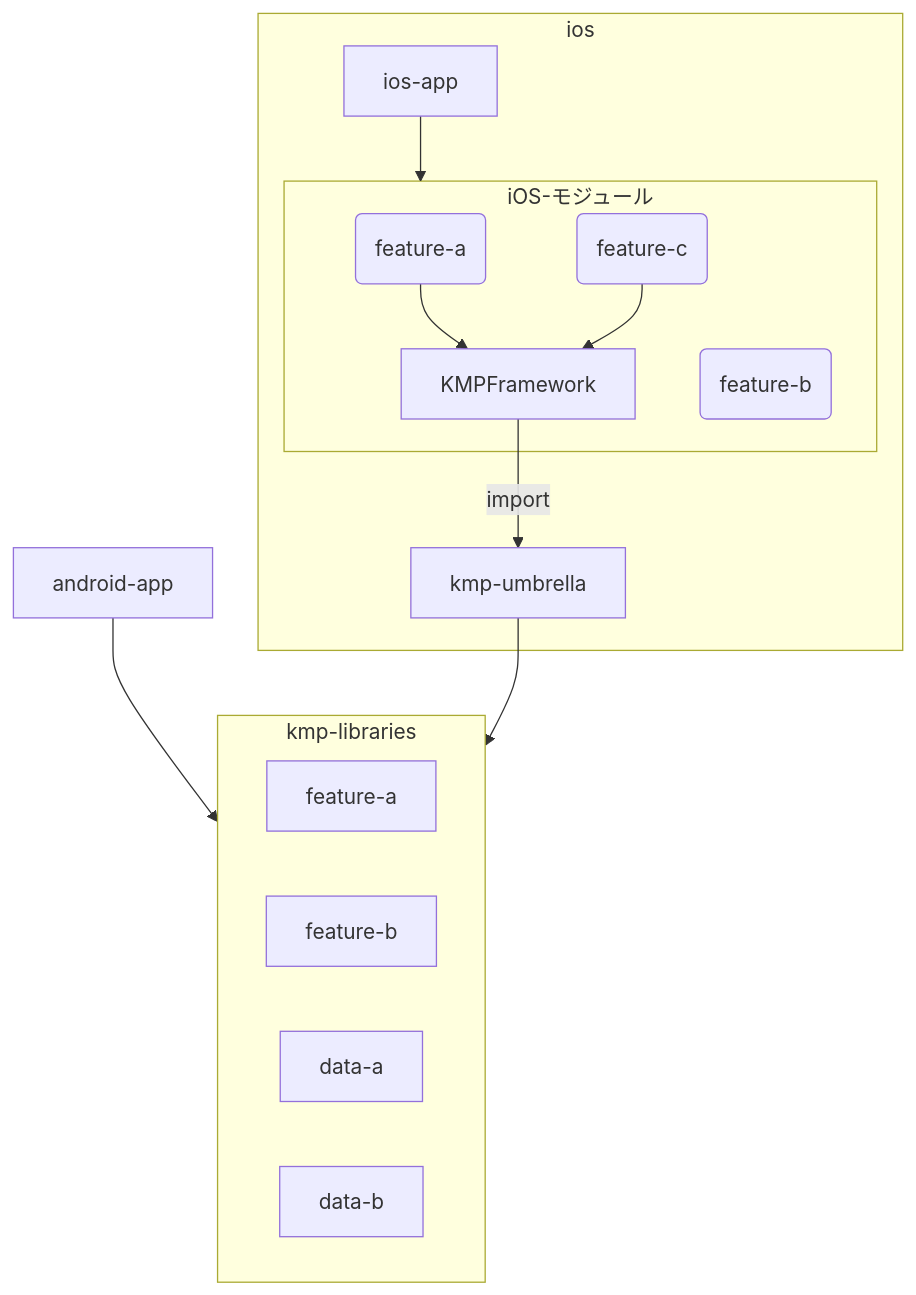
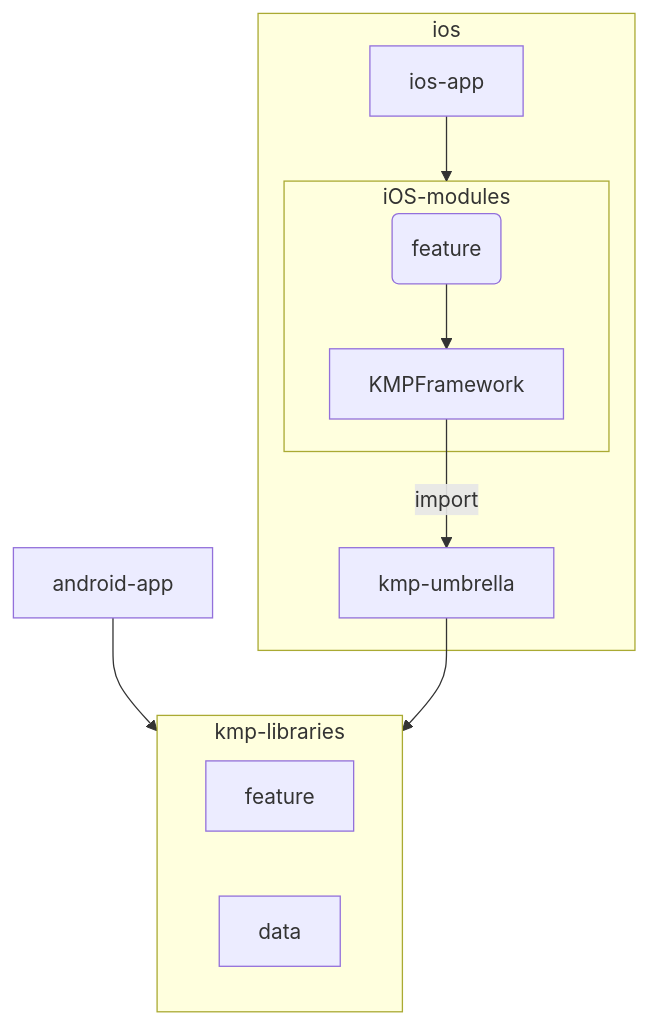
Before and after one commit to kk-house-777/kmp-mobile-multimodule-template: the diagram in cookiecutter-kmp-mobile-tuist/{{cookiecutter.project_name}}/README.md, drawn with Mermaid. The commit also changed other lines of this file and 2 other files, not shown here.

````diff
--- a/cookiecutter-kmp-mobile-tuist/{{cookiecutter.project_name}}/README.md
+++ b/cookiecutter-kmp-mobile-tuist/{{cookiecutter.project_name}}/README.md
@@ -51,26 +49,22 @@
 ```mermaid
 flowchart TD
     android-app
 
     subgraph kmp-libraries
-        feature-a
-        feature-b
-        data-a
-        data-b
+        feature
+        data
     end
 
     subgraph ios
-        ios-app --> iOS-モジュール
-        subgraph iOS-モジュール
-            fa(feature-a) --> KMPFramework
-            fb(feature-b)
-            fc(feature-c) --> KMPFramework
+        ios-app --> iOS-modules
+        subgraph iOS-modules
+            fa(feature) --> KMPFramework
         end
         kmp-umbrella
         KMPFramework
     end
 
     android-app --> kmp-libraries
     kmp-umbrella --> kmp-libraries
     KMPFramework -->|import| kmp-umbrella
 ```
````
